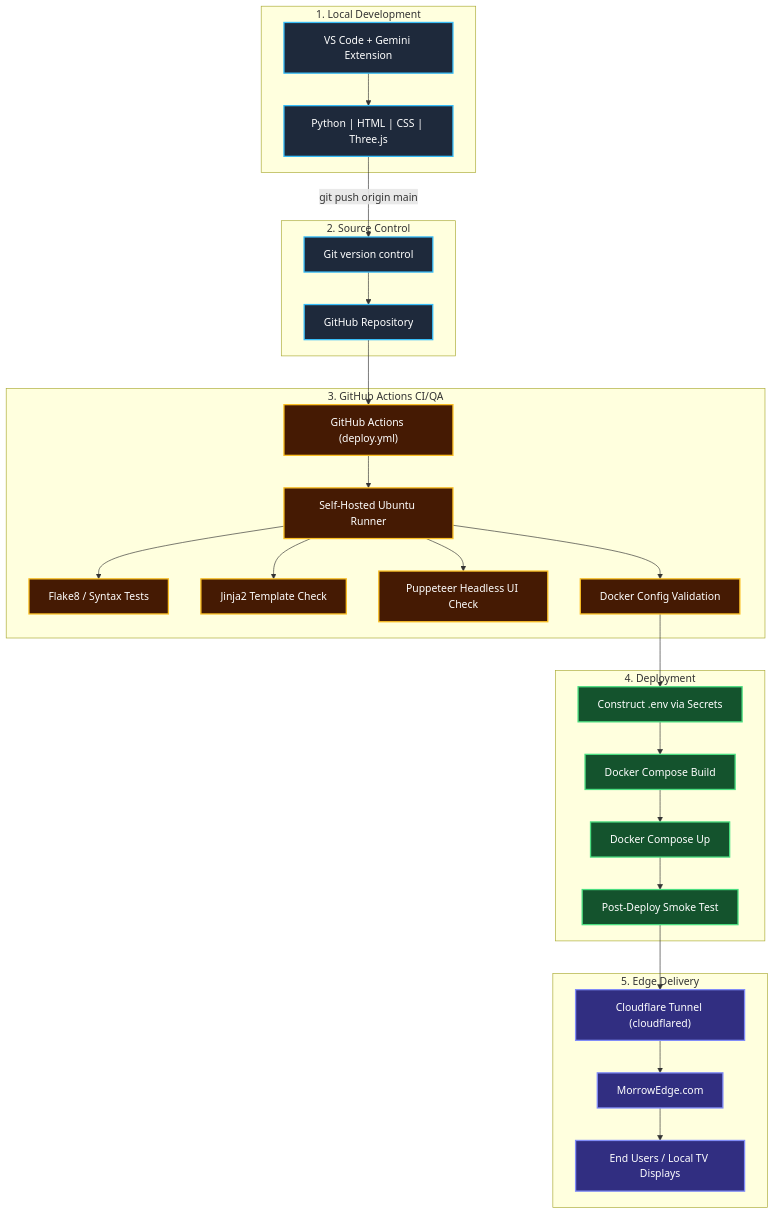
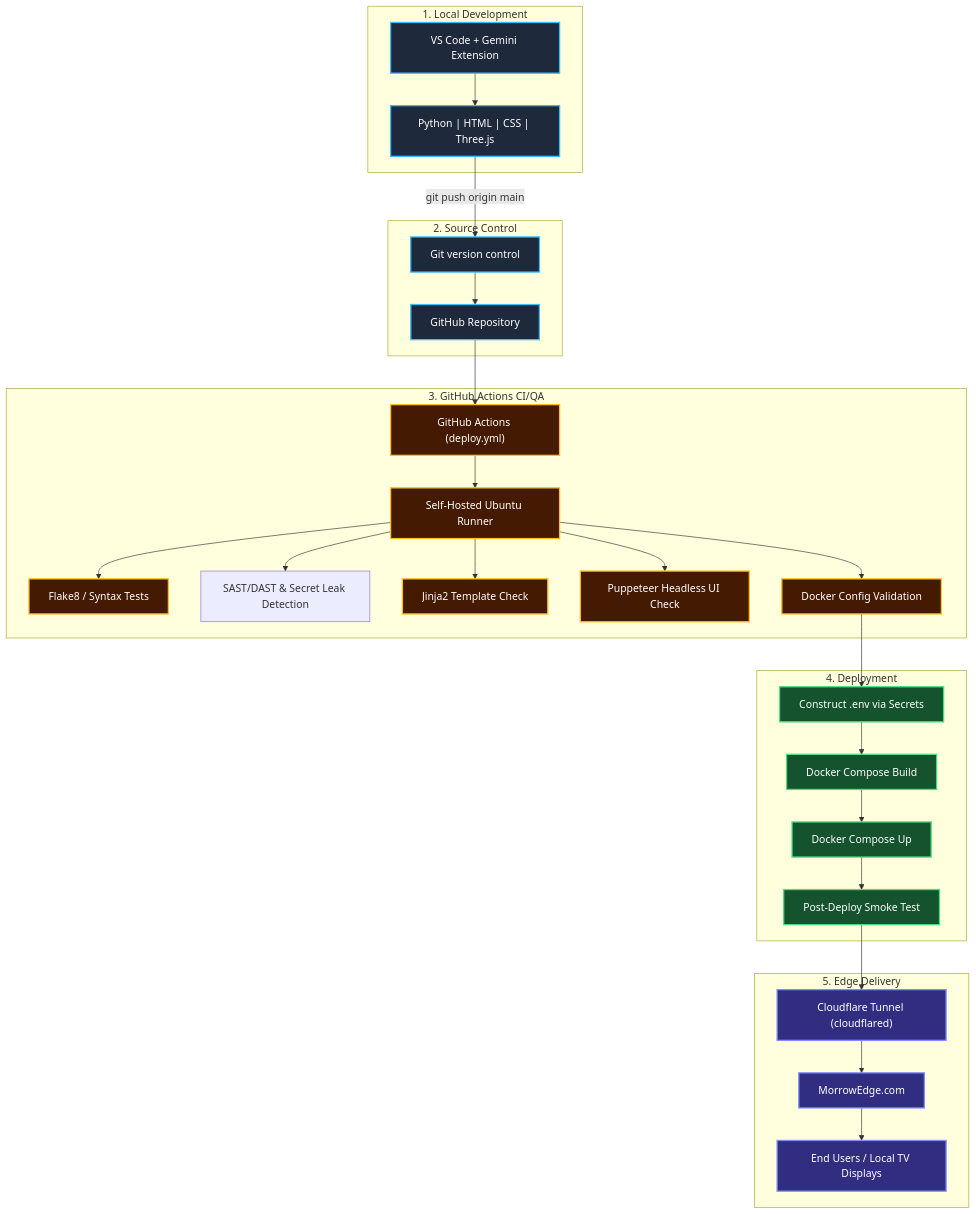
One commit to joeymorrow/weather-project changed the diagram in ARCHITECTURE.md. Above: the diagram before and after it, drawn with Mermaid. The commit also changed other lines of this file and 1 other file, not shown here.

````diff
--- a/ARCHITECTURE.md
+++ b/ARCHITECTURE.md
@@ -31,68 +32,70 @@
 ```mermaid
 flowchart TD
     %% Styling
     classDef dev fill:#1e293b,stroke:#38bdf8,stroke-width:2px,color:#fff
     classDef qa fill:#451a03,stroke:#fbbf24,stroke-width:2px,color:#fff
     classDef deploy fill:#14532d,stroke:#4ade80,stroke-width:2px,color:#fff
     classDef edge fill:#312e81,stroke:#818cf8,stroke-width:2px,color:#fff
 
     subgraph Dev ["1. Local Development"]
         VSC["VS Code + Gemini Extension"]
         Code["Python | HTML | CSS | Three.js"]
         VSC --> Code
     end
 
     subgraph VC ["2. Source Control"]
         GIT["Git version control"]
         GH["GitHub Repository"]
         Code -- "git push origin main" --> GIT
         GIT --> GH
     end
 
     subgraph CI ["3. GitHub Actions CI/QA"]
         GHA["GitHub Actions (deploy.yml)"]
         Runner["Self-Hosted Ubuntu Runner"]
         
         QA_Lint["Flake8 / Syntax Tests"]
+        QA_Sec["SAST/DAST & Secret Leak Detection"]
         QA_Jinja["Jinja2 Template Check"]
         QA_Puppet["Puppeteer Headless UI Check"]
         QA_Docker["Docker Config Validation"]
 
         GH --> GHA
         GHA --> Runner
         Runner --> QA_Lint
+        Runner --> QA_Sec
         Runner --> QA_Jinja
         Runner --> QA_Puppet
         Runner --> QA_Docker
     end
 
     subgraph CD ["4. Deployment"]
         Env["Construct .env via Secrets"]
         DockerBuild["Docker Compose Build"]
         DockerRun["Docker Compose Up"]
         Smoke["Post-Deploy Smoke Test"]
 
         QA_Docker --> Env
         Env --> DockerBuild
         DockerBuild --> DockerRun
         DockerRun --> Smoke
     end
 
     subgraph Prod ["5. Edge Delivery"]
         CF["Cloudflare Tunnel (cloudflared)"]
         Domain["MorrowEdge.com"]
         Display["End Users / Local TV Displays"]
 
         Smoke --> CF
         CF --> Domain
         Domain --> Display
     end
 
     %% Apply classes
     class VSC,Code dev;
     class GIT,GH dev;
     class GHA,Runner qa;
     class QA_Lint,QA_Jinja,QA_Puppet,QA_Docker qa;
     class Env,DockerBuild,DockerRun,Smoke deploy;
     class CF,Domain,Display edge;
 ```
````
